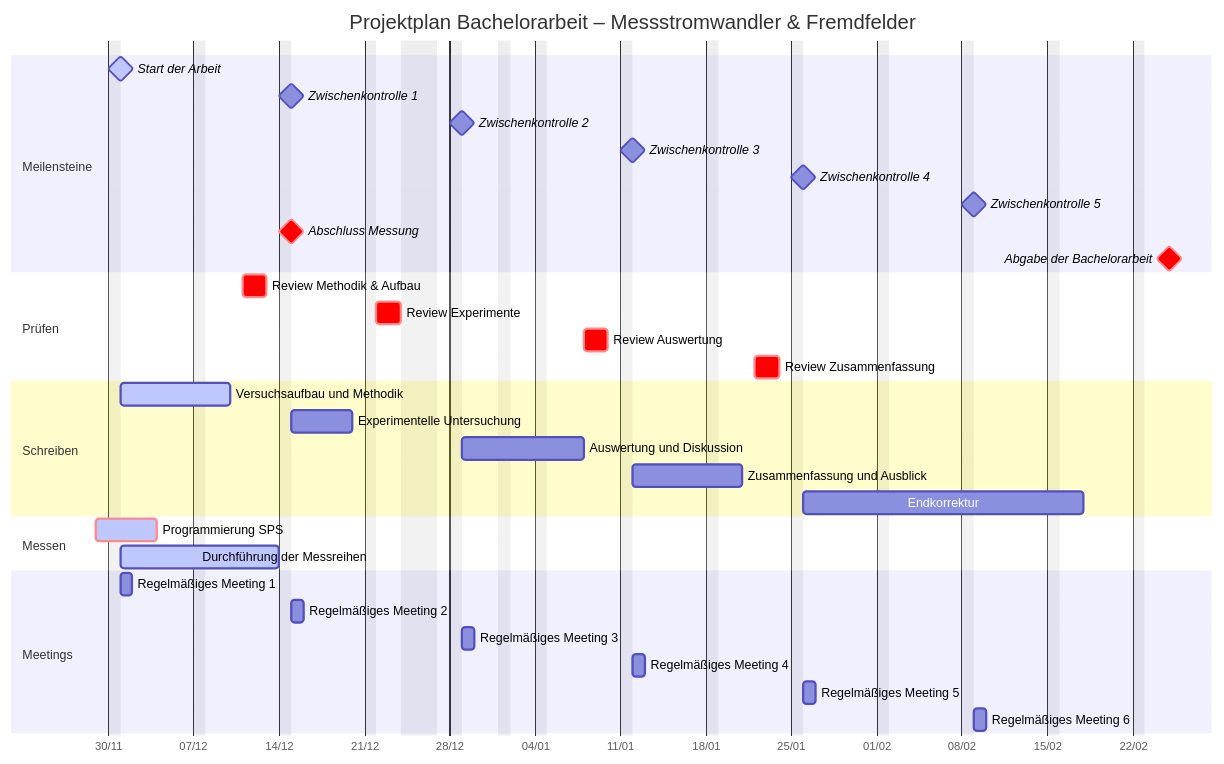
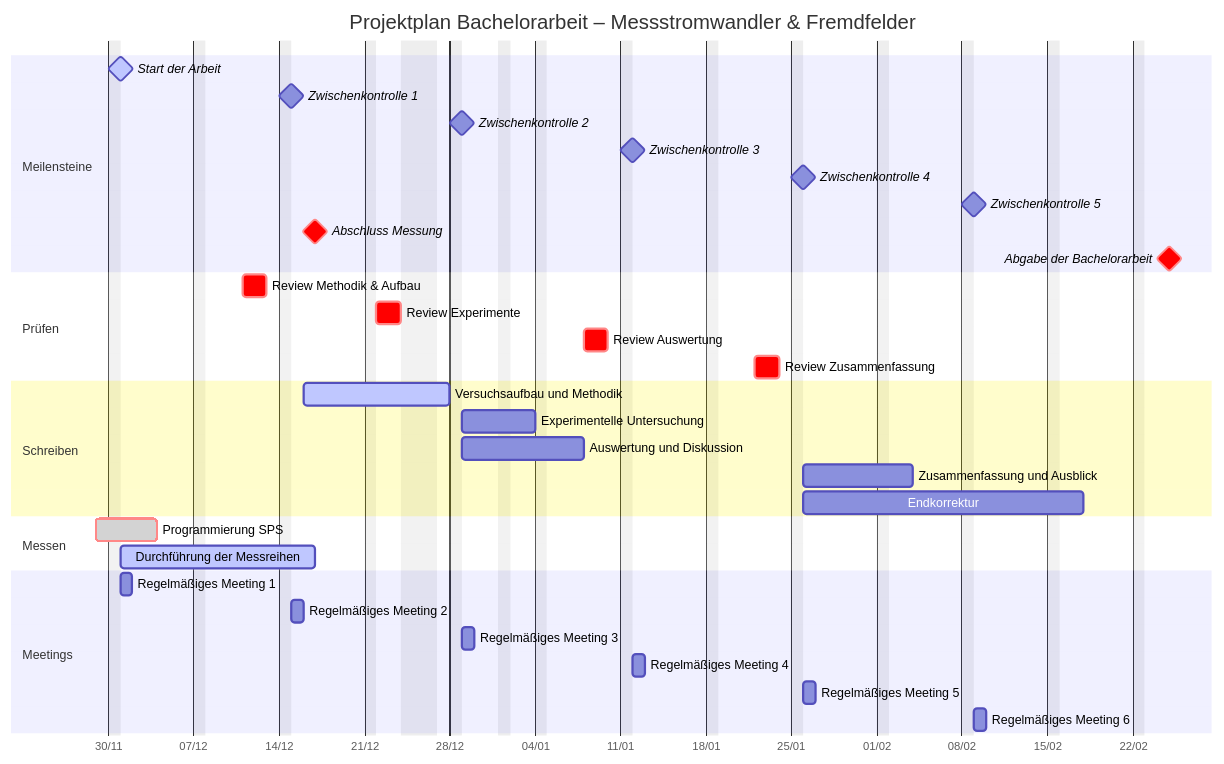
The diagram in README.md (oliverschmidt99/Bachelorarbeit-Fremdfeldbeeinflussung-Messstromwandler), drawn with Mermaid before and after one commit. The commit also changed other lines of this file and 1 other file, not shown here.

Commit message:
refactor: Aktualisierung des Zeitplans und der Methodik in der README sowie Anpassung der PDF

````diff
--- a/README.md
+++ b/README.md
@@ -16,78 +16,78 @@
 ```mermaid
 gantt
     title Projektplan Bachelorarbeit – Messstromwandler & Fremdfelder
     dateFormat  YYYY-MM-DD
     axisFormat %d/%m
     excludes    2025-12-24, 2025-12-25, 2025-12-26, 2026-01-01, sunday
 
     %% ==============================================================================
     %% MEILENSTEINE (Alle 14 Tage)
     %% ==============================================================================
     section Meilensteine
     Start der Arbeit                    :active, milestone, start, 2025-12-01, 0d
 
     Zwischenkontrolle 1                 :milestone, zk1, 2025-12-15, 0d
     Zwischenkontrolle 2                 :milestone, zk2, 2025-12-29, 0d
     Zwischenkontrolle 3                 :milestone, zk3, 2026-01-12, 0d
     Zwischenkontrolle 4                 :milestone, zk4, 2026-01-26, 0d
     Zwischenkontrolle 5                 :milestone, zk5, 2026-02-09, 0d
 
     Abschluss Messung                   :crit, milestone, mess_ende, after messung_1, 0d
     Abgabe der Bachelorarbeit           :crit, milestone, abgabe, 2026-02-25, 0d
 
 
     %% ==============================================================================
-    %% PRÜFEN (Reviews immer 2 Tage VOR dem Meilenstein/Meeting)
+    %% PRÜFEN (Reviews immer 2 TagProgrammierunge VOR dem Meilenstein/Meeting)
     %% ==============================================================================
     section Prüfen
     %% ZK1 ist am 15.12 (Mo) -> Prüfung am Do/Fr davor
     Review Methodik & Aufbau            :crit, rev1, 2025-12-11, 2d
 
     %% ZK2 ist am 29.12 (Mo) -> 24-26 sind frei -> Prüfung am 22./23.12
     Review Experimente                  :crit, rev2, 2025-12-22, 2d
 
     %% ZK3 ist am 12.01 (Mo) -> Prüfung am Do/Fr davor (08./09.01)
     Review Auswertung                   :crit, rev3, 2026-01-08, 2d
 
     %% ZK4 ist am 26.01 (Mo) -> Prüfung am Do/Fr davor (22./23.01)
     Review Zusammenfassung              :crit, rev4, 2026-01-22, 2d
 
 
     %% ==============================================================================
     %% SCHREIBEN (Passt sich an die Reviews an)
     %% ==============================================================================
     section Schreiben
     %% Phase 1: Bis zum ersten Review
-    Versuchsaufbau und Methodik         :active, write1, 2025-12-01, 8d
+    Versuchsaufbau und Methodik         :active, write1, 2025-12-16, 8d
 
     %% Phase 2: Nach ZK1 bis zum nächsten Review (Weihnachtspause beachten!)
-    Experimentelle Untersuchung         :write2, after zk1, 5d
+    Experimentelle Untersuchung         :write2, after zk2, 5d
 
     %% Phase 3: Nach ZK2 bis zum nächsten Review
     Auswertung und Diskussion           :write3, after zk2, 8d
 
     %% Phase 4: Nach ZK3 bis zum nächsten Review
-    Zusammenfassung und Ausblick        :write4, after zk3, 8d
+    Zusammenfassung und Ausblick        :write4, after zk4, 8d
 
     %% Feinschliff bis zur Abgabe
     Endkorrektur                        :write5, after zk4, 20d
 
 
     %% ============================
     %% Messreihen & Datenerhebung
     %% ============================
     section Messen
-    Programmierung SPS                  :active, crit, prog_1, 2025-11-29, 4d
-    Durchführung der Messreihen         :active, messung_1, 2025-12-01, 12d
+    Programmierung SPS                  :done ,crit, prog_1, 2025-11-29, 4d
+    Durchführung der Messreihen         :active, messung_1, 2025-12-01, 14d
 
     %% ============================
     %% Meetings (Manuell berechnet)
     %% ============================
     section Meetings
     Regelmäßiges Meeting 1              :meeting_1, 2025-12-01, 1d
     Regelmäßiges Meeting 2              :meeting_2, 2025-12-15, 1d
     Regelmäßiges Meeting 3              :meeting_3, 2025-12-29, 1d
     Regelmäßiges Meeting 4              :meeting_4, 2026-01-12, 1d
     Regelmäßiges Meeting 5              :meeting_5, 2026-01-26, 1d
     Regelmäßiges Meeting 6              :meeting_6, 2026-02-09, 1d
 ```
````
